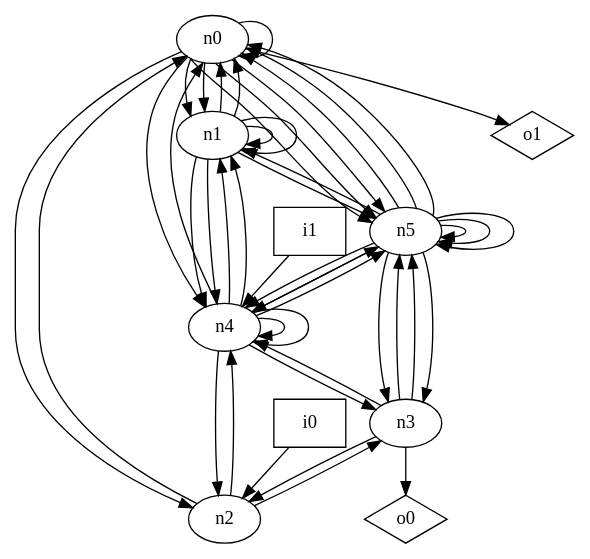
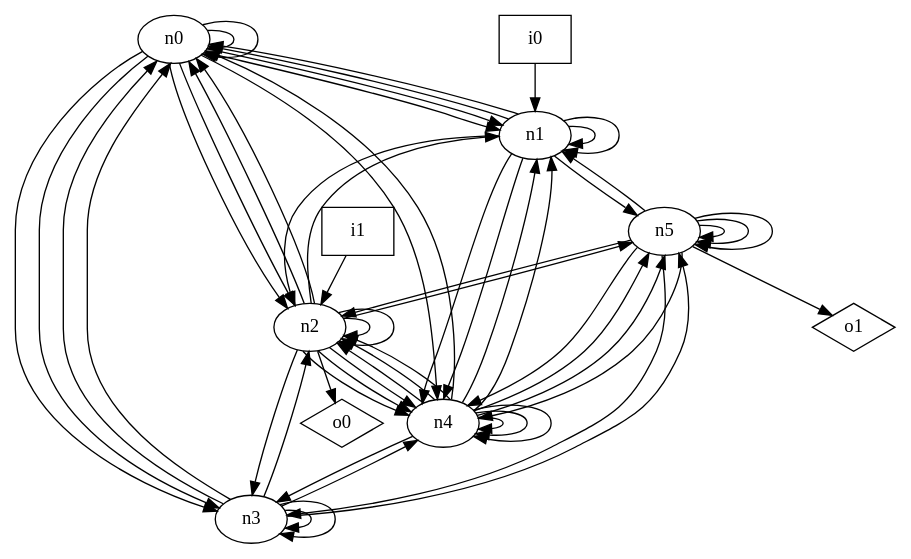
Before and after one commit to p9romain/bool-circuits: the diagram in dot_files/random/random_undirected_graph.dot, drawn with Graphviz. The commit also changed 33 other files, not shown here.

```diff
--- a/dot_files/random/random_undirected_graph.dot
+++ b/dot_files/random/random_undirected_graph.dot
@@ -1,58 +1,70 @@
 digraph G {
 n0 [label="n0"];
 n1 [label="n1"];
 n2 [label="n2"];
 n3 [label="n3"];
 n4 [label="n4"];
 n5 [label="n5"];
 n6 [label="i0",shape="box"];
 n7 [label="i1",shape="box"];
 n8 [label="o0",shape="diamond"];
 n9 [label="o1",shape="diamond"];
 n0 -> n0
+n0 -> n0
 n0 -> n1
 n0 -> n1
 n0 -> n2
+n0 -> n2
+n0 -> n3
+n0 -> n3
 n0 -> n4
-n0 -> n5
-n0 -> n5
-n0 -> n5
-n0 -> n9
 n1 -> n0
 n1 -> n0
 n1 -> n1
 n1 -> n1
+n1 -> n2
 n1 -> n4
 n1 -> n4
 n1 -> n5
 n2 -> n0
+n2 -> n0
+n2 -> n1
+n2 -> n2
+n2 -> n2
 n2 -> n3
 n2 -> n4
+n2 -> n4
+n2 -> n4
+n2 -> n5
+n2 -> n8
+n3 -> n0
+n3 -> n0
 n3 -> n2
+n3 -> n3
+n3 -> n3
 n3 -> n4
 n3 -> n5
-n3 -> n5
-n3 -> n8
 n4 -> n0
 n4 -> n1
 n4 -> n1
 n4 -> n2
+n4 -> n2
+n4 -> n2
 n4 -> n3
+n4 -> n4
 n4 -> n4
 n4 -> n4
 n4 -> n5
 n4 -> n5
-n5 -> n0
-n5 -> n0
-n5 -> n0
 n5 -> n1
-n5 -> n3
+n5 -> n2
 n5 -> n3
 n5 -> n4
 n5 -> n4
 n5 -> n5
 n5 -> n5
 n5 -> n5
-n6 -> n2
-n7 -> n4
+n5 -> n9
+n6 -> n1
+n7 -> n2
 }
```
